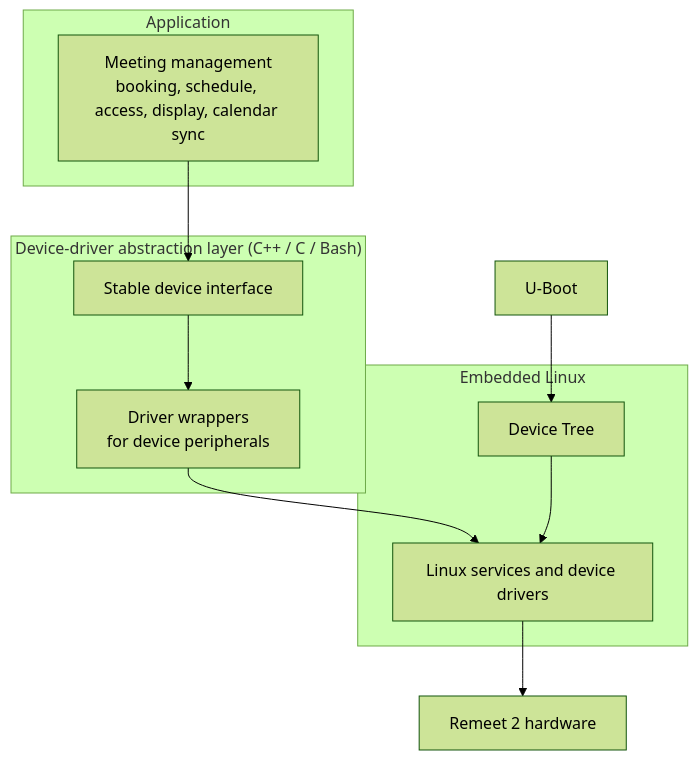
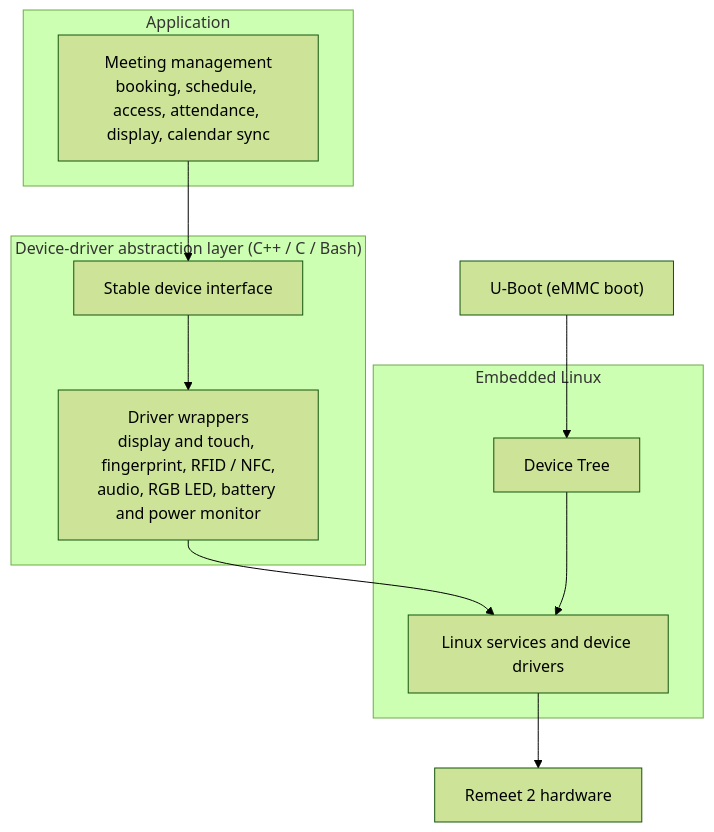
The first of 3 diagrams in README.md (PATEmbedded/Remeet2), drawn with Mermaid (forest theme) before and after one commit. The commit also changed other lines of this file, not shown here.

````diff
--- a/README.md
+++ b/README.md
@@ -95,23 +213,23 @@
 ```mermaid
 flowchart TB
     subgraph App["Application"]
-        MM["Meeting management<br/>booking, schedule, access, display, calendar sync"]
+        MM["Meeting management<br/>booking, schedule, access, attendance, display, calendar sync"]
     end
 
     subgraph DAL["Device-driver abstraction layer (C++ / C / Bash)"]
         API["Stable device interface"]
-        DRV["Driver wrappers<br/>for device peripherals"]
+        DRV["Driver wrappers<br/>display and touch, fingerprint, RFID / NFC,<br/>audio, RGB LED, battery and power monitor"]
     end
 
     subgraph OS["Embedded Linux"]
         SVC["Linux services and device drivers"]
         DT["Device Tree"]
     end
 
-    BOOT["U-Boot"]
+    BOOT["U-Boot (eMMC boot)"]
     HW["Remeet 2 hardware"]
 
     MM --> API --> DRV --> SVC --> HW
     DT --> SVC
     BOOT --> DT
 ```
````
